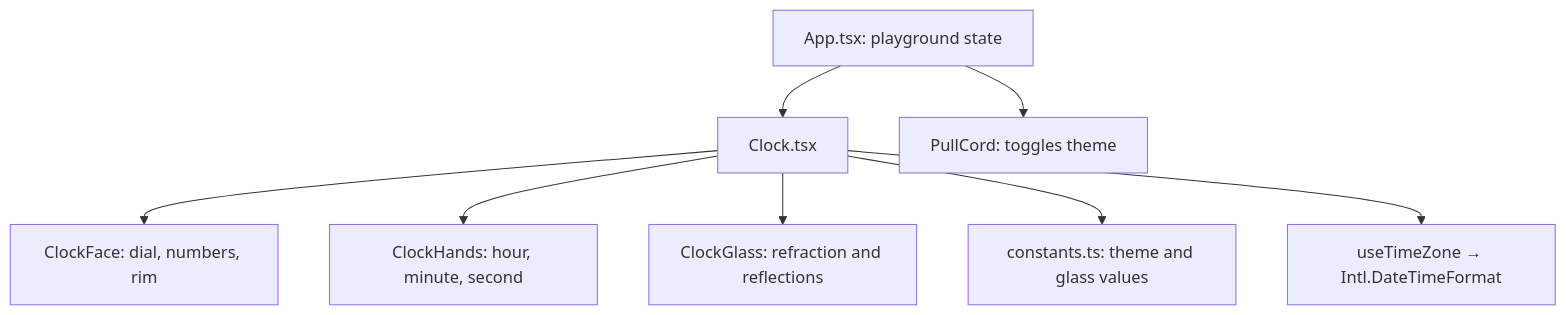
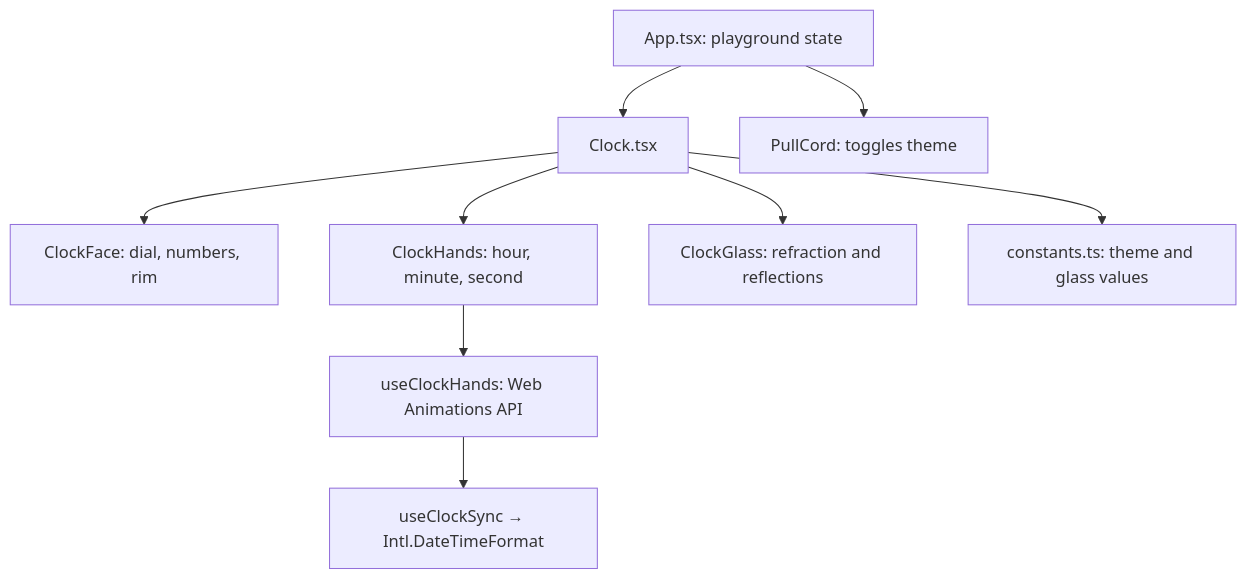
The diagram in ARCHITECTURE.md (asiffisa/Braun-analogue-clock), drawn with Mermaid before and after one commit. The commit also changed other lines of this file and 26 other files, not shown here.

First line of the commit message:
perf: move clock hands and glass off the render/frame path

````diff
--- a/ARCHITECTURE.md
+++ b/ARCHITECTURE.md
@@ -3,10 +3,11 @@
 ```mermaid
 flowchart TD
     App[App.tsx: playground state] --> Clock[Clock.tsx]
     App --> PullCord[PullCord: toggles theme]
     Clock --> Face[ClockFace: dial, numbers, rim]
     Clock --> Hands[ClockHands: hour, minute, second]
     Clock --> Glass[ClockGlass: refraction and reflections]
     Clock --> Theme[constants.ts: theme and glass values]
-    Clock --> Time[useTimeZone → Intl.DateTimeFormat]
+    Hands --> Motion[useClockHands: Web Animations API]
+    Motion --> Time[useClockSync → Intl.DateTimeFormat]
 ```
````
